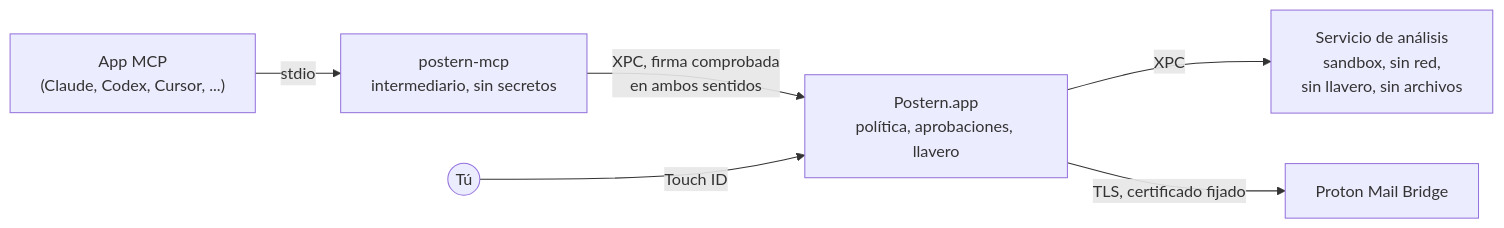
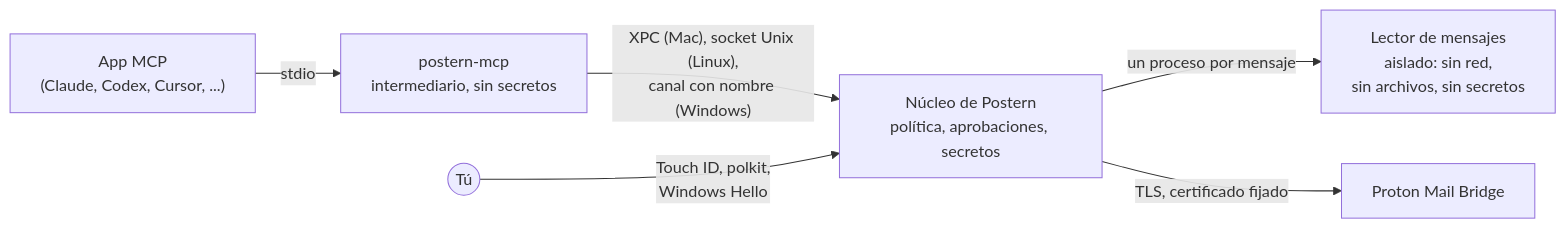
The diagram in README.es.md (ruben4reall/postern), drawn with Mermaid before and after one commit. The commit also changed other lines of this file and 30 other files, not shown here.

````diff
--- a/README.es.md
+++ b/README.es.md
@@ -365,8 +400,8 @@
 ```mermaid
 flowchart LR
     client["App MCP<br>(Claude, Codex, Cursor, ...)"] -- "stdio" --> relay["postern-mcp<br>intermediario, sin secretos"]
-    relay -- "XPC, firma comprobada<br>en ambos sentidos" --> core["Postern.app<br>política, aprobaciones, llavero"]
-    core -- "XPC" --> parser["Servicio de análisis<br>sandbox, sin red,<br>sin llavero, sin archivos"]
+    relay -- "XPC (Mac), socket Unix (Linux),<br>canal con nombre (Windows)" --> core["Núcleo de Postern<br>política, aprobaciones, secretos"]
+    core -- "un proceso por mensaje" --> parser["Lector de mensajes<br>aislado: sin red,<br>sin archivos, sin secretos"]
     core -- "TLS, certificado fijado" --> bridge["Proton Mail Bridge"]
-    you(("Tú")) -- "Touch ID" --> core
+    you(("Tú")) -- "Touch ID, polkit,<br>Windows Hello" --> core
 ```
````
